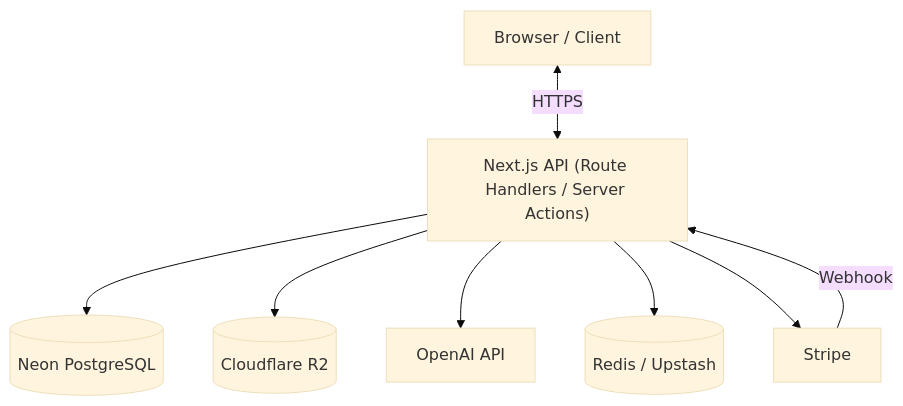
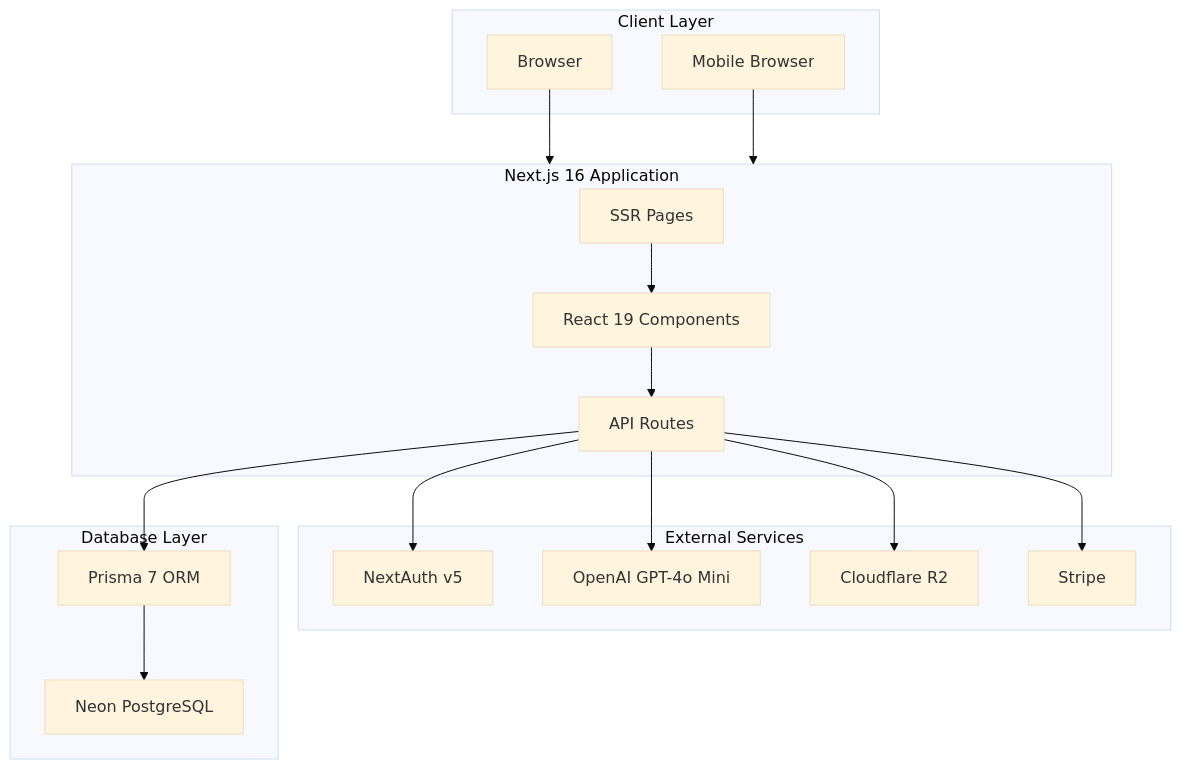
Before and after one commit to o-mishch/devstash: the second of 3 diagrams in context/project-overview.md, drawn with Mermaid (base theme). The commit also changed other lines of this file and 9 other files, not shown here.

````diff
--- a/context/project-overview.md
+++ b/context/project-overview.md
@@ -327,18 +441,36 @@
 ```mermaid
-graph TD
-  Client["Browser / Client"]
-  API["Next.js API (Route Handlers / Server Actions)"]
-  DB[(Neon PostgreSQL)]
-  R2[(Cloudflare R2)]
-  AI[OpenAI API]
-  Cache[(Redis / Upstash)]
-  Stripe[Stripe]
+flowchart TB
+    subgraph Client["Client Layer"]
+        Browser["Browser"]
+        Mobile["Mobile Browser"]
+    end
 
-  Client <-->|HTTPS| API
-  API --> DB
-  API --> R2
-  API --> AI
-  API --> Cache
-  API --> Stripe
-  Stripe -->|Webhook| API
+    subgraph NextJS["Next.js 16 Application"]
+        Pages["SSR Pages"]
+        Components["React 19 Components"]
+        API["API Routes"]
+    end
+
+    subgraph Services["External Services"]
+        Auth["NextAuth v5"]
+        AI["OpenAI GPT-4o Mini"]
+        Storage["Cloudflare R2"]
+        Payments["Stripe"]
+    end
+
+    subgraph Database["Database Layer"]
+        Neon["Neon PostgreSQL"]
+        Prisma["Prisma 7 ORM"]
+    end
+
+    Browser --> NextJS
+    Mobile --> NextJS
+    Pages --> Components
+    Components --> API
+    API --> Auth
+    API --> AI
+    API --> Storage
+    API --> Payments
+    API --> Prisma
+    Prisma --> Neon
 ```
````
